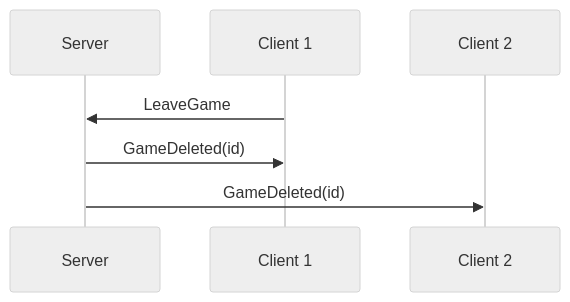
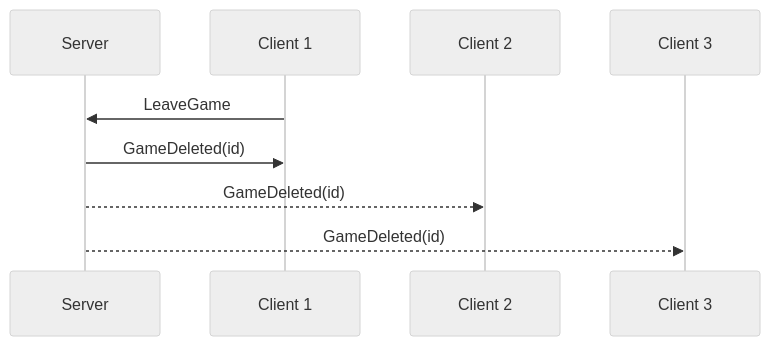
The ninth of 15 diagrams in docs/LOBBY.md (roman-zubarevich/another), drawn with Mermaid (neutral theme) before and after one commit. The commit also changed other lines of this file, not shown here.

````diff
--- a/docs/LOBBY.md
+++ b/docs/LOBBY.md
@@ -114,9 +114,11 @@
 ```mermaid
 sequenceDiagram
     participant S as Server
     participant C1 as Client 1
     participant C2 as Client 2
+    participant C3 as Client 3
     C1->>S: LeaveGame
     S->>C1: GameDeleted(id)
-    S->>C2: GameDeleted(id)
+    S-->>C2: GameDeleted(id)
+    S-->>C3: GameDeleted(id)
 ```
````
